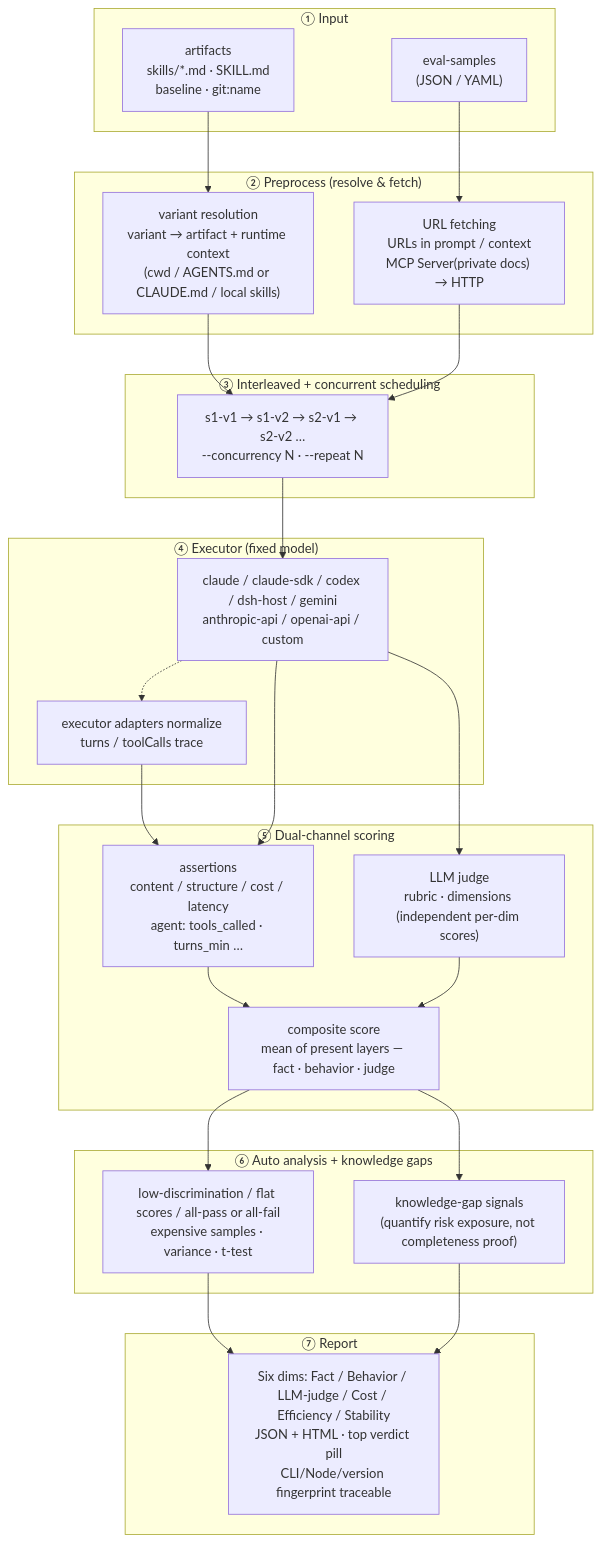
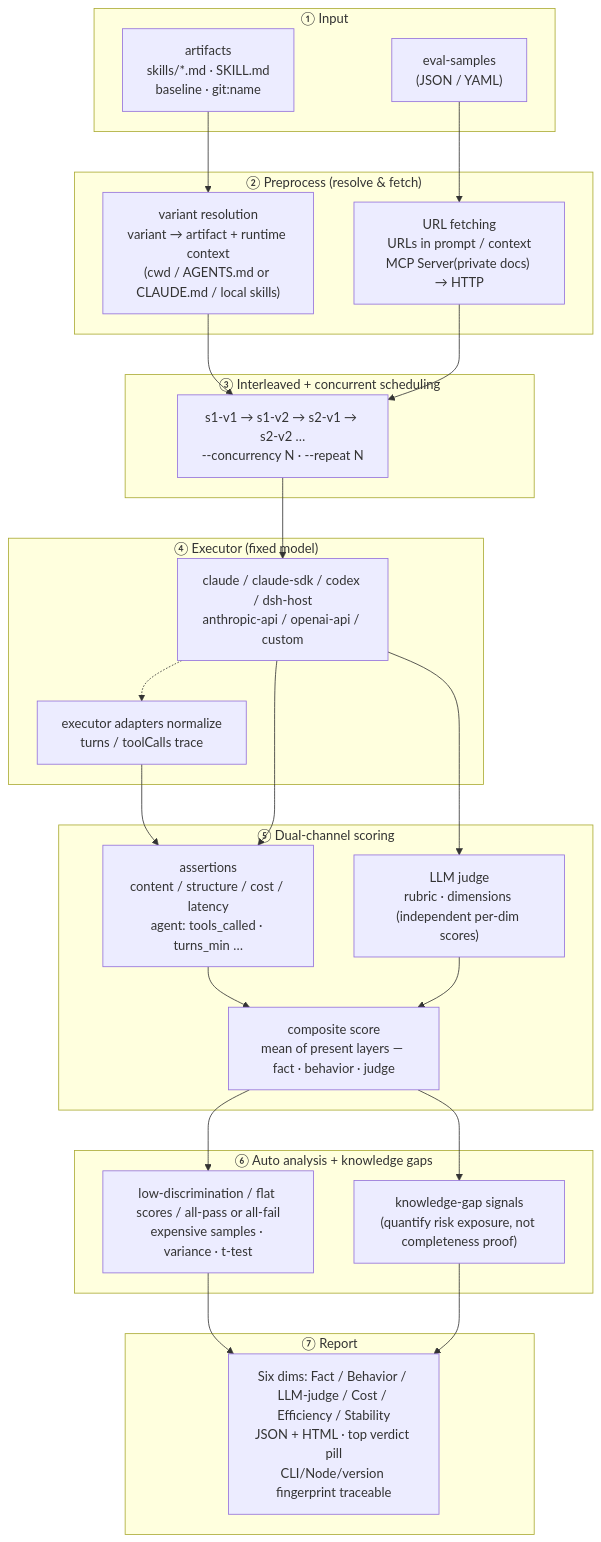
Before and after one commit to lizhiyao/oh-my-knowledge: the first of 2 diagrams in docs/explanation/architecture.md, drawn with Mermaid. The commit also changed 74 other files, not shown here.

````diff
--- a/docs/explanation/architecture.md
+++ b/docs/explanation/architecture.md
@@ -5,52 +5,52 @@
 ```mermaid
 flowchart TD
     subgraph Input["① Input"]
         S["eval-samples<br/>(JSON / YAML)"]
         A["artifacts<br/>skills/*.md · SKILL.md<br/>baseline · git:name"]
     end
 
     subgraph Prep["② Preprocess (resolve & fetch)"]
         V["variant resolution<br/>variant → artifact + runtime context<br/>(cwd / AGENTS.md or CLAUDE.md / local skills)"]
         U["URL fetching<br/>URLs in prompt / context<br/>MCP Server(private docs) → HTTP"]
     end
 
     subgraph Schedule["③ Interleaved + concurrent scheduling"]
         Q["s1-v1 → s1-v2 → s2-v1 → s2-v2 …<br/>--concurrency N · --repeat N"]
     end
 
     subgraph Exec["④ Executor (fixed model)"]
-        E["claude / claude-sdk / codex / dsh-host / gemini<br/>anthropic-api / openai-api / custom"]
+        E["claude / claude-sdk / codex / dsh-host<br/>anthropic-api / openai-api / custom"]
         T["executor adapters normalize<br/>turns / toolCalls trace"]
         E -.-> T
     end
 
     subgraph Score["⑤ Dual-channel scoring"]
         AS["assertions<br/>content / structure / cost / latency<br/>agent: tools_called · turns_min …"]
         LS["LLM judge<br/>rubric · dimensions (independent per-dim scores)"]
         CS["composite score<br/>mean of present layers — fact · behavior · judge"]
         AS --> CS
         LS --> CS
     end
 
     subgraph Analyze["⑥ Auto analysis + knowledge gaps"]
         D["low-discrimination / flat scores / all-pass or all-fail<br/>expensive samples · variance · t-test"]
         G["knowledge-gap signals<br/>(quantify risk exposure, not completeness proof)"]
     end
 
     subgraph Report["⑦ Report"]
         R["Six dims: Fact / Behavior / LLM-judge / Cost / Efficiency / Stability<br/>JSON + HTML · top verdict pill<br/>CLI/Node/version fingerprint traceable"]
     end
 
     S --> U
     A --> V
     V --> Q
     U --> Q
     Q --> E
     T --> AS
     E --> AS
     E --> LS
     CS --> D
     CS --> G
     D --> R
     G --> R
 ```
````
